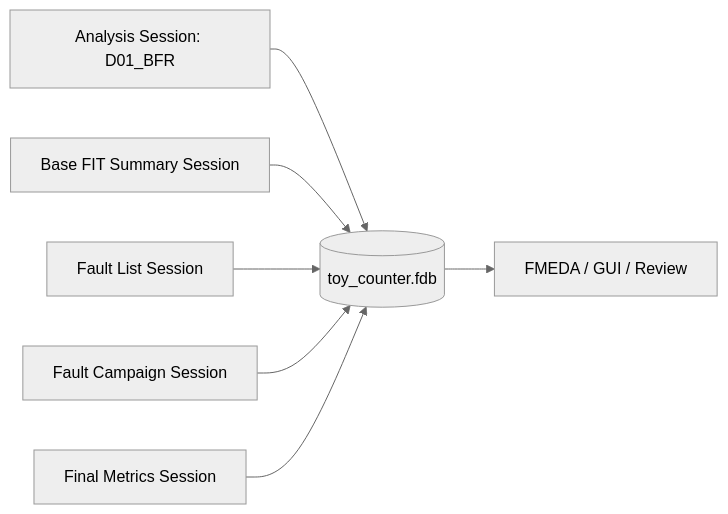
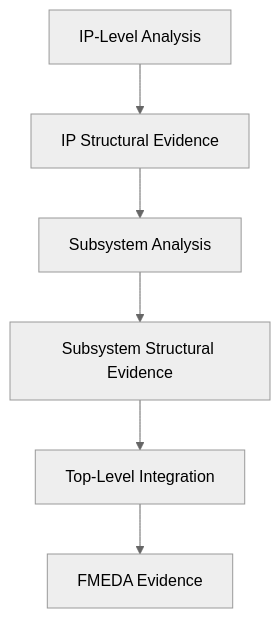
The third of 4 diagrams in articles/01_automotive_safeic_practice_d01_github_en_revised.md (qiqixixi1001/automotive-safeic-practice), drawn with Mermaid (neutral theme) before and after one commit. The commit also changed other lines of this file, not shown here.

````diff
--- a/articles/01_automotive_safeic_practice_d01_github_en_revised.md
+++ b/articles/01_automotive_safeic_practice_d01_github_en_revised.md
@@ -1181,9 +882,8 @@
 ```mermaid
-flowchart LR
-    A[Analysis Session: D01_BFR] --> DB[(toy_counter.fdb)]
-    B[Base FIT Summary Session] --> DB
-    C[Fault List Session] --> DB
-    D[Fault Campaign Session] --> DB
-    E[Final Metrics Session] --> DB
-    DB --> F[FMEDA / GUI / Review]
+flowchart TD
+    A[IP-Level Analysis] --> B[IP Structural Evidence]
+    B --> C[Subsystem Analysis]
+    C --> D[Subsystem Structural Evidence]
+    D --> E[Top-Level Integration]
+    E --> F[FMEDA Evidence]
 ```
````
